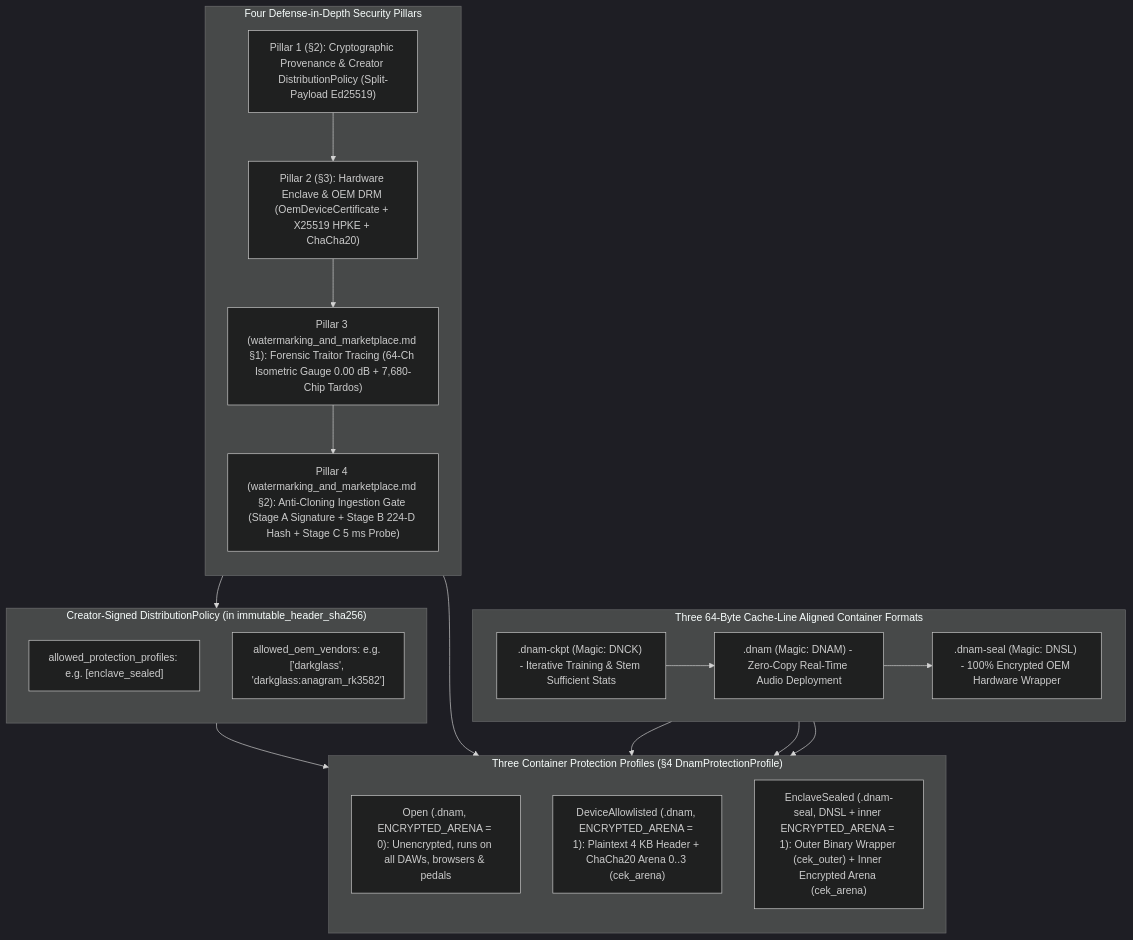
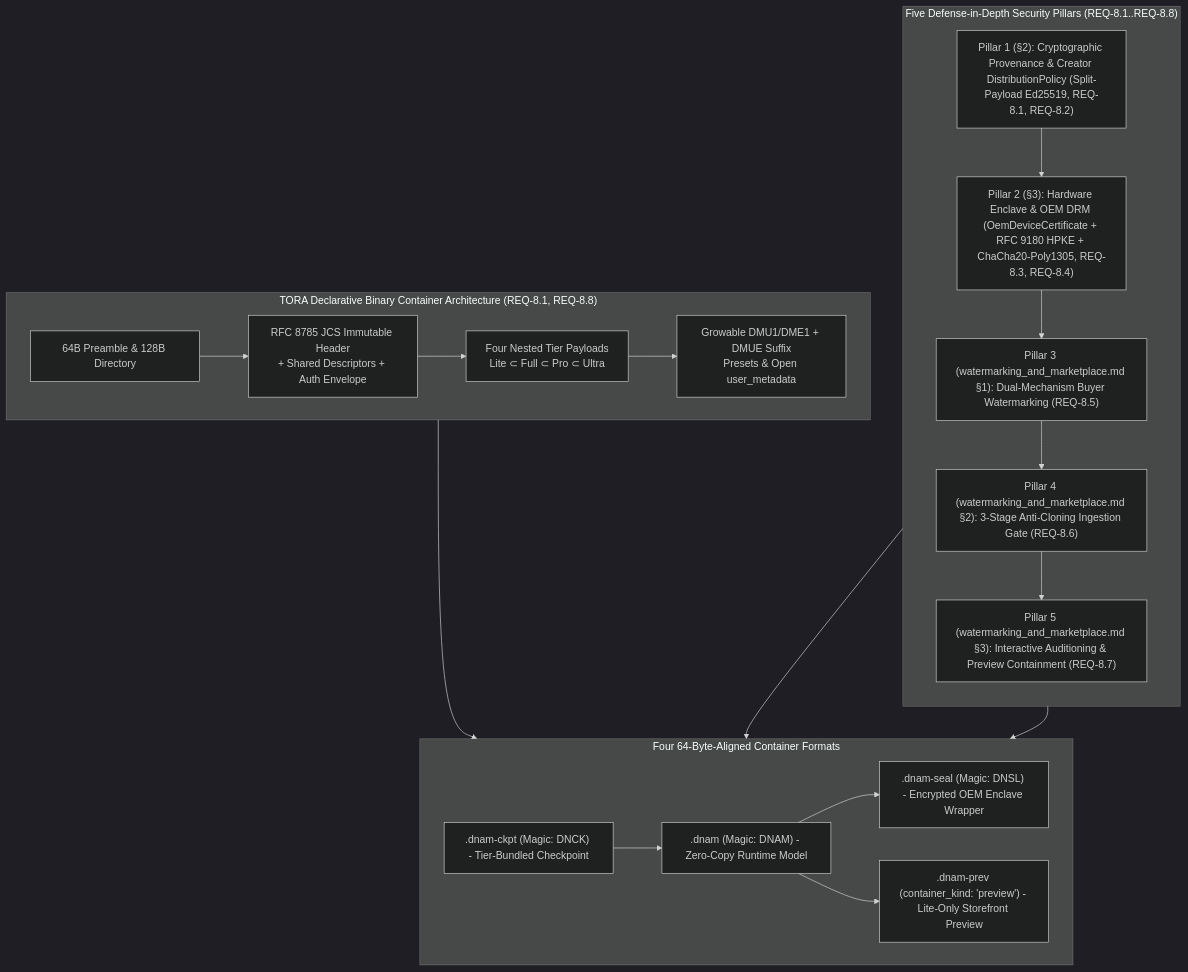
Before and after one commit to dnam-project/dnam: the first of 2 diagrams in docs/security/provenance_and_enclave_drm.md, drawn with Mermaid (dark theme). The commit also changed other lines of this file and 105 other files, not shown here.

````diff
--- a/docs/security/provenance_and_enclave_drm.md
+++ b/docs/security/provenance_and_enclave_drm.md
@@ -13,39 +9,32 @@
 ```mermaid
 flowchart TB
-    subgraph Formats ["Three 64-Byte Cache-Line Aligned Container Formats"]
+    subgraph Container ["TORA Declarative Binary Container Architecture (REQ-8.1, REQ-8.8)"]
         direction LR
-        F_CKPT[".dnam-ckpt (Magic: DNCK) - Iterative Training & Stem Sufficient Stats"]
-        F_DNAM[".dnam (Magic: DNAM) - Zero-Copy Real-Time Audio Deployment"]
-        F_SEAL[".dnam-seal (Magic: DNSL) - 100% Encrypted OEM Hardware Wrapper"]
-        F_CKPT --> F_DNAM --> F_SEAL
+        Preamble["64B Preamble & 128B Directory"] --> Header["RFC 8785 JCS Immutable Header<br/>+ Shared Descriptors + Auth Envelope"]
+        Header --> Arenas["Four Nested Tier Payloads<br/>Lite ⊂ Full ⊂ Pro ⊂ Ultra"]
+        Arenas --> Mutable["Growable DMU1/DME1 + DMUE Suffix<br/>Presets & Open user_metadata"]
     end
 
-    subgraph Pillars ["Four Defense-in-Depth Security Pillars"]
-        direction TB
-        P1["Pillar 1 (§2): Cryptographic Provenance & Creator DistributionPolicy (Split-Payload Ed25519)"]
-        P2["Pillar 2 (§3): Hardware Enclave & OEM DRM (OemDeviceCertificate + X25519 HPKE + ChaCha20)"]
-        P3["Pillar 3 (watermarking_and_marketplace.md §1): Forensic Traitor Tracing (64-Ch Isometric Gauge 0.00 dB + 7,680-Chip Tardos)"]
-        P4["Pillar 4 (watermarking_and_marketplace.md §2): Anti-Cloning Ingestion Gate (Stage A Signature + Stage B 224-D Hash + Stage C 5 ms Probe)"]
-        P1 --> P2 --> P3 --> P4
+    subgraph Formats ["Four 64-Byte-Aligned Container Formats"]
+        direction LR
+        F_CKPT[".dnam-ckpt (Magic: DNCK) - Tier-Bundled Checkpoint"]
+        F_DNAM[".dnam (Magic: DNAM) - Zero-Copy Runtime Model"]
+        F_SEAL[".dnam-seal (Magic: DNSL) - Encrypted OEM Enclave Wrapper"]
+        F_PREV[".dnam-prev (container_kind: 'preview') - Lite-Only Storefront Preview"]
+        F_CKPT --> F_DNAM --> F_SEAL
+        F_DNAM --> F_PREV
     end
 
-    subgraph Policy ["Creator-Signed DistributionPolicy (in immutable_header_sha256)"]
+    subgraph Pillars ["Five Defense-in-Depth Security Pillars (REQ-8.1..REQ-8.8)"]
         direction TB
-        PolProf["allowed_protection_profiles: e.g. [enclave_sealed]"]
-        PolOem["allowed_oem_vendors: e.g. ['darkglass', 'darkglass:anagram_rk3582']"]
+        P1["Pillar 1 (§2): Cryptographic Provenance & Creator DistributionPolicy (Split-Payload Ed25519, REQ-8.1, REQ-8.2)"]
+        P2["Pillar 2 (§3): Hardware Enclave & OEM DRM (OemDeviceCertificate + RFC 9180 HPKE + ChaCha20-Poly1305, REQ-8.3, REQ-8.4)"]
+        P3["Pillar 3 (watermarking_and_marketplace.md §1): Dual-Mechanism Buyer Watermarking (REQ-8.5)"]
+        P4["Pillar 4 (watermarking_and_marketplace.md §2): 3-Stage Anti-Cloning Ingestion Gate (REQ-8.6)"]
+        P5["Pillar 5 (watermarking_and_marketplace.md §3): Interactive Auditioning & Preview Containment (REQ-8.7)"]
+        P1 --> P2 --> P3 --> P4 --> P5
     end
 
-    subgraph Profiles ["Three Container Protection Profiles (§4 DnamProtectionProfile)"]
-        direction TB
-        ProfOpen["Open (.dnam, ENCRYPTED_ARENA = 0): Unencrypted, runs on all DAWs, browsers & pedals"]
-        ProfAllow["DeviceAllowlisted (.dnam, ENCRYPTED_ARENA = 1): Plaintext 4 KB Header + ChaCha20 Arena 0..3 (cek_arena)"]
-        ProfSeal["EnclaveSealed (.dnam-seal, DNSL + inner ENCRYPTED_ARENA = 1): Outer Binary Wrapper (cek_outer) + Inner Encrypted Arena (cek_arena)"]
-    end
-
-    P1 --> Policy
-    Policy --> Profiles
-    F_DNAM --> ProfOpen
-    F_DNAM --> ProfAllow
-    F_SEAL --> ProfSeal
-    P2 --> Profiles
+    Container --> Formats
+    P1 & P2 --> Formats
 ```
````
